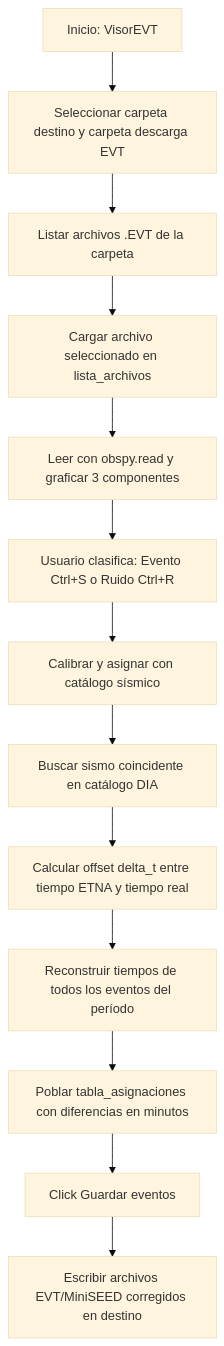
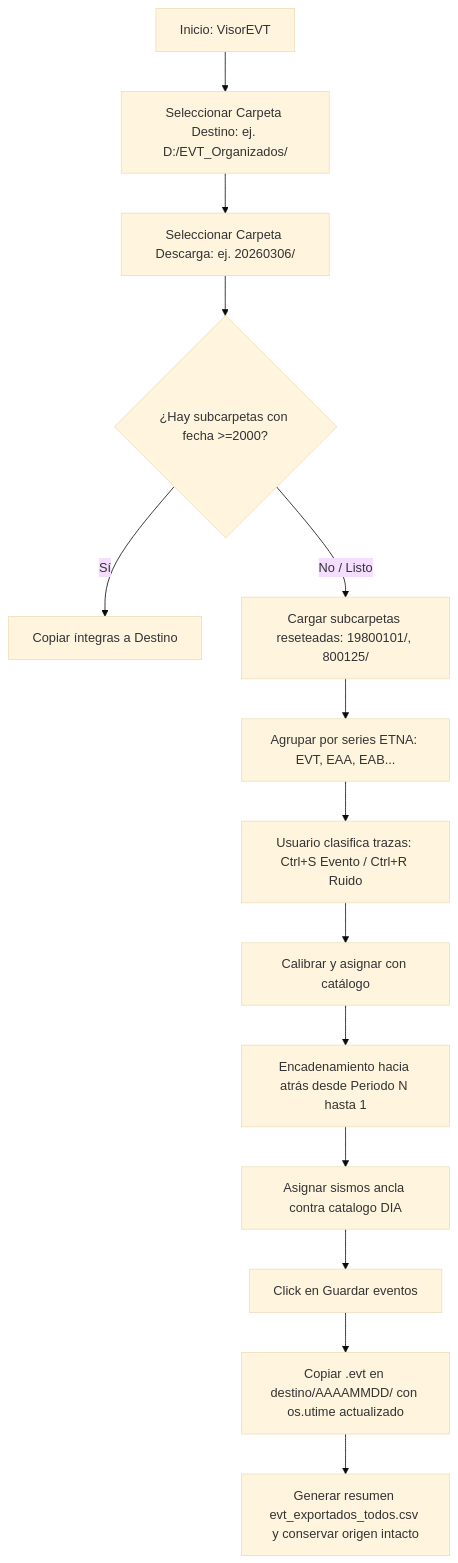
Before and after one commit to RedSismicaAustro/rsa_sismologia: the diagram in modulos externos/Corrección de EVT por reseteo_contx.md, drawn with Mermaid (base theme). The commit also changed other lines of this file and 14 other files, not shown here.

````diff
--- a/modulos externos/Corrección de EVT por reseteo_contx.md
+++ b/modulos externos/Corrección de EVT por reseteo_contx.md
@@ -35,15 +35,18 @@
 ```mermaid
 flowchart TD
-    A[Inicio: VisorEVT] --> B[Seleccionar carpeta destino y carpeta descarga EVT]
-    B --> C[Listar archivos .EVT de la carpeta]
-    C --> D[Cargar archivo seleccionado en lista_archivos]
-    D --> E[Leer con obspy.read y graficar 3 componentes]
-    E --> F[Usuario clasifica: Evento Ctrl+S o Ruido Ctrl+R]
-    F --> G[Calibrar y asignar con catálogo sísmico]
-    G --> H[Buscar sismo coincidente en catálogo DIA]
-    H --> I[Calcular offset delta_t entre tiempo ETNA y tiempo real]
-    I --> J[Reconstruir tiempos de todos los eventos del período]
-    J --> K[Poblar tabla_asignaciones con diferencias en minutos]
-    K --> L[Click Guardar eventos]
-    L --> M[Escribir archivos EVT/MiniSEED corregidos en destino]
+    A[Inicio: VisorEVT] --> B[Seleccionar Carpeta Destino: ej. D:/EVT_Organizados/]
+    B --> C[Seleccionar Carpeta Descarga: ej. 20260306/]
+    C --> D{¿Hay subcarpetas con fecha >=2000?}
+    D -- Sí --> E[Copiar íntegras a Destino]
+    D -- No / Listo --> F[Cargar subcarpetas reseteadas: 19800101/, 800125/]
+    
+    F --> G[Agrupar por series ETNA: EVT, EAA, EAB...]
+    G --> H[Usuario clasifica trazas: Ctrl+S Evento / Ctrl+R Ruido]
+    H --> I[Calibrar y asignar con catálogo]
+    
+    I --> J[Encadenamiento hacia atrás desde Periodo N hasta 1]
+    J --> K[Asignar sismos ancla contra catalogo DIA]
+    K --> L[Click en Guardar eventos]
+    L --> M[Copiar .evt en destino/AAAAMMDD/ con os.utime actualizado]
+    M --> N[Generar resumen evt_exportados_todos.csv y conservar origen intacto]
 ```
````
